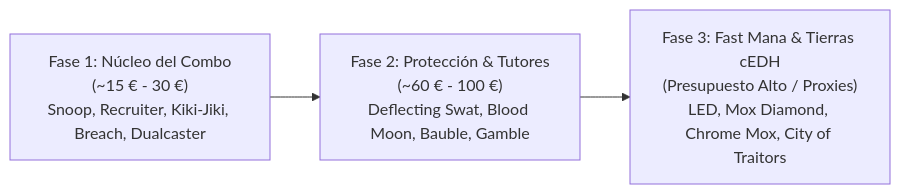
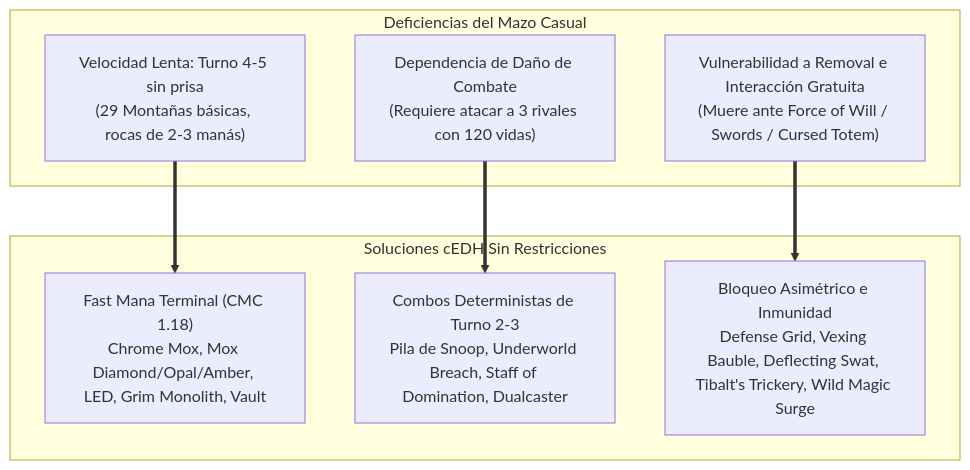
One commit to 00Ragnarok85/Magic-Skill changed the first of 2 diagrams in decks/Commander/krenko/krenko_upgrades.md. Above: the diagram before and after it, drawn with Mermaid. The commit also changed other lines of this file and 2 other files, not shown here.

Commit message:
feat(decks): upgrade Krenko to absolute maximum cEDH ceiling with unrestricted MTG database

````diff
--- a/decks/Commander/krenko/krenko_upgrades.md
+++ b/decks/Commander/krenko/krenko_upgrades.md
@@ -62,5 +16,18 @@
 ```mermaid
-flowchart LR
-    Fase1["Fase 1: Núcleo del Combo\n(~15 € - 30 €)\nSnoop, Recruiter, Kiki-Jiki, Breach, Dualcaster"] --> Fase2["Fase 2: Protección & Tutores\n(~60 € - 100 €)\nDeflecting Swat, Blood Moon, Bauble, Gamble"]
-    Fase2 --> Fase3["Fase 3: Fast Mana & Tierras cEDH\n(Presupuesto Alto / Proxies)\nLED, Mox Diamond, Chrome Mox, City of Traitors"]
+flowchart TD
+    subgraph Deficiencias del Mazo Casual
+    D1["Velocidad Lenta: Turno 4-5 sin prisa\n(29 Montañas básicas, rocas de 2-3 manás)"]
+    D2["Dependencia de Daño de Combate\n(Requiere atacar a 3 rivales con 120 vidas)"]
+    D3["Vulnerabilidad a Removal e Interacción Gratuita\n(Muere ante Force of Will / Swords / Cursed Totem)"]
+    end
+
+    subgraph Soluciones cEDH Sin Restricciones
+    S1["Fast Mana Terminal (CMC 1.18)\nChrome Mox, Mox Diamond/Opal/Amber, LED, Grim Monolith, Vault"]
+    S2["Combos Deterministas de Turno 2-3\nPila de Snoop, Underworld Breach, Staff of Domination, Dualcaster"]
+    S3["Bloqueo Asimétrico e Inmunidad\nDefense Grid, Vexing Bauble, Deflecting Swat, Tibalt's Trickery, Wild Magic Surge"]
+    end
+
+    D1 ==> S1
+    D2 ==> S2
+    D3 ==> S3
 ```
````
